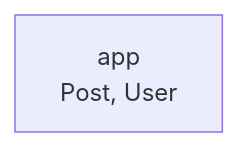
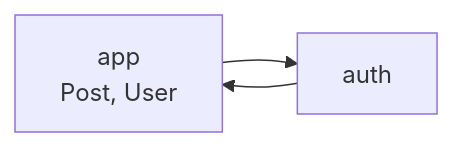
Before and after one commit to gurenjs/guren: the diagram in examples/blog/docs/spec/modules.md, drawn with Mermaid. The commit also changed other lines of this file and 31 other files, not shown here.

````diff
--- a/examples/blog/docs/spec/modules.md
+++ b/examples/blog/docs/spec/modules.md
@@ -14,4 +14,7 @@
 ```mermaid
 graph LR
   m_app["app<br/>Post, User"]
+  m_auth["auth"]
+  m_app --> m_auth
+  m_auth --> m_app
 ```
````
